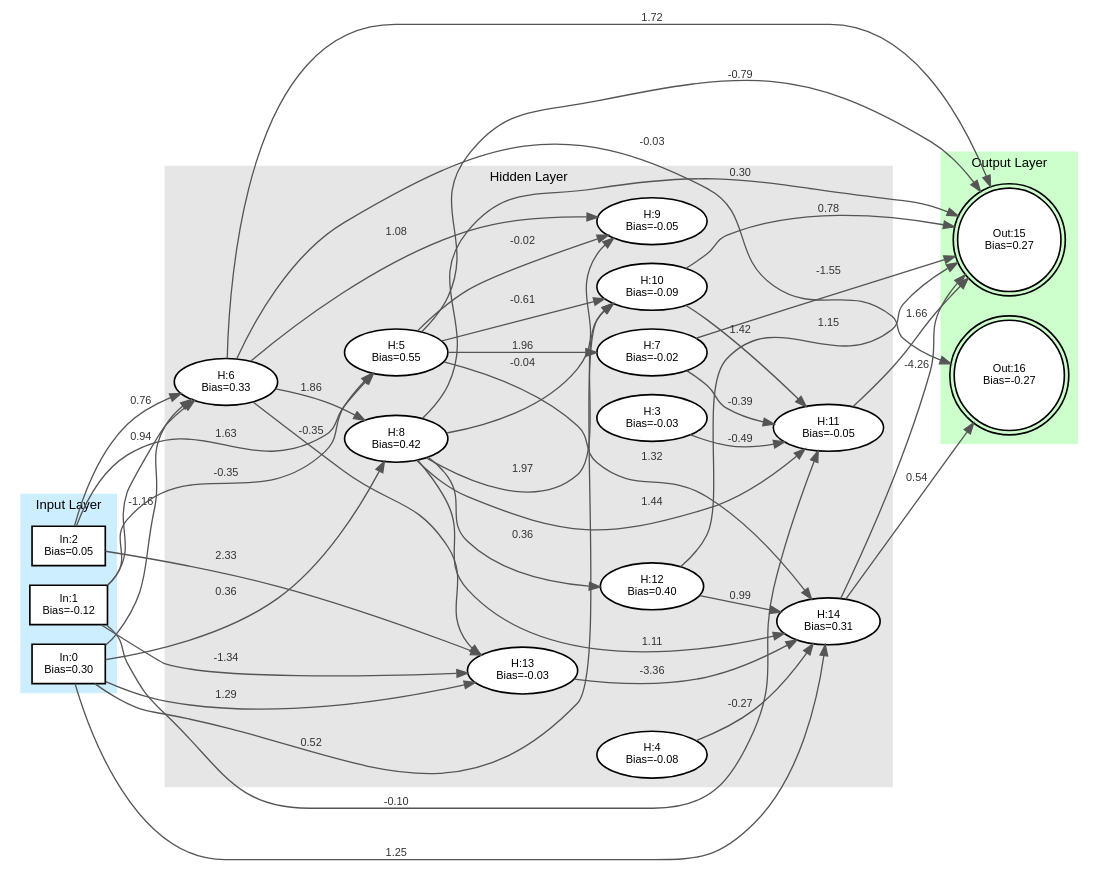
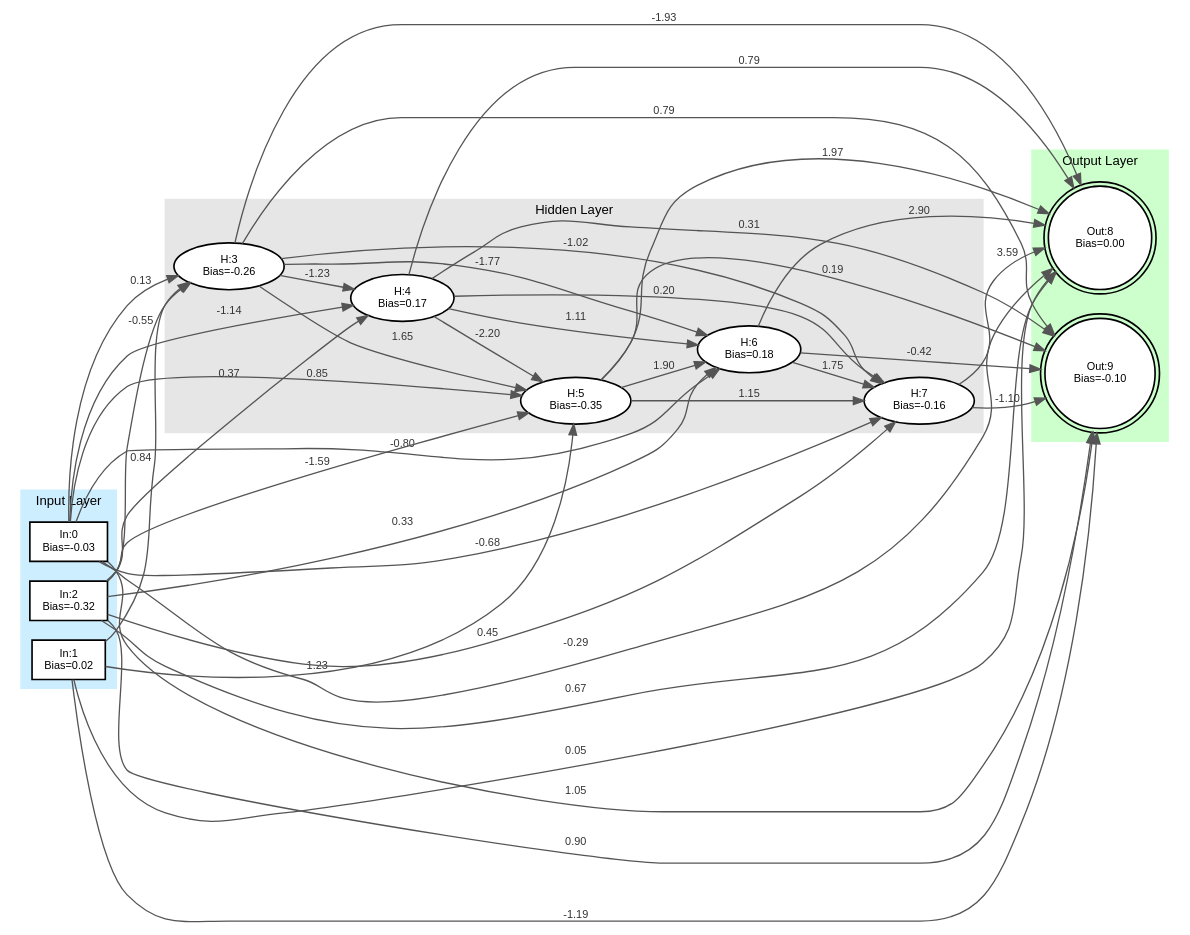
The diagram in best_network.dot (Apoxtrophe/MiNET_AI), drawn with Graphviz before and after one commit. The commit also changed 3 other files, not shown here.

```diff
--- a/best_network.dot
+++ b/best_network.dot
@@ -1,96 +1,87 @@
 digraph Minet {
     // Use left-to-right orientation
     rankdir=LR;
     graph [layout=dot, fontname="Helvetica", fontsize=12];
     node [fontname="Helvetica", fontsize=10];
     edge [fontname="Helvetica", fontsize=10];
 
     subgraph cluster_inputs {
         style=filled;
         color="#cceeff";
         penwidth=1.5;
         label="Input Layer";
         labelloc="top";
         labeljust="center";
         rank=same;
-        neuron_0 [shape=box, style=filled, fillcolor=white, penwidth=1.5, label="In:0\nBias=0.30"];
-        neuron_1 [shape=box, style=filled, fillcolor=white, penwidth=1.5, label="In:1\nBias=-0.12"];
-        neuron_2 [shape=box, style=filled, fillcolor=white, penwidth=1.5, label="In:2\nBias=0.05"];
+        neuron_0 [shape=box, style=filled, fillcolor=white, penwidth=1.5, label="In:0\nBias=-0.03"];
+        neuron_1 [shape=box, style=filled, fillcolor=white, penwidth=1.5, label="In:1\nBias=0.02"];
+        neuron_2 [shape=box, style=filled, fillcolor=white, penwidth=1.5, label="In:2\nBias=-0.32"];
     }
 
     subgraph cluster_hidden {
         style=filled;
         color="#e6e6e6";
         penwidth=1.5;
         label="Hidden Layer";
         labelloc="top";
         labeljust="center";
-        neuron_3 [shape=ellipse, style=filled, fillcolor=white, penwidth=1.5, label="H:3\nBias=-0.03"];
-        neuron_4 [shape=ellipse, style=filled, fillcolor=white, penwidth=1.5, label="H:4\nBias=-0.08"];
-        neuron_5 [shape=ellipse, style=filled, fillcolor=white, penwidth=1.5, label="H:5\nBias=0.55"];
-        neuron_6 [shape=ellipse, style=filled, fillcolor=white, penwidth=1.5, label="H:6\nBias=0.33"];
-        neuron_7 [shape=ellipse, style=filled, fillcolor=white, penwidth=1.5, label="H:7\nBias=-0.02"];
-        neuron_8 [shape=ellipse, style=filled, fillcolor=white, penwidth=1.5, label="H:8\nBias=0.42"];
-        neuron_9 [shape=ellipse, style=filled, fillcolor=white, penwidth=1.5, label="H:9\nBias=-0.05"];
-        neuron_10 [shape=ellipse, style=filled, fillcolor=white, penwidth=1.5, label="H:10\nBias=-0.09"];
-        neuron_11 [shape=ellipse, style=filled, fillcolor=white, penwidth=1.5, label="H:11\nBias=-0.05"];
-        neuron_12 [shape=ellipse, style=filled, fillcolor=white, penwidth=1.5, label="H:12\nBias=0.40"];
-        neuron_13 [shape=ellipse, style=filled, fillcolor=white, penwidth=1.5, label="H:13\nBias=-0.03"];
-        neuron_14 [shape=ellipse, style=filled, fillcolor=white, penwidth=1.5, label="H:14\nBias=0.31"];
+        neuron_3 [shape=ellipse, style=filled, fillcolor=white, penwidth=1.5, label="H:3\nBias=-0.26"];
+        neuron_4 [shape=ellipse, style=filled, fillcolor=white, penwidth=1.5, label="H:4\nBias=0.17"];
+        neuron_5 [shape=ellipse, style=filled, fillcolor=white, penwidth=1.5, label="H:5\nBias=-0.35"];
+        neuron_6 [shape=ellipse, style=filled, fillcolor=white, penwidth=1.5, label="H:6\nBias=0.18"];
+        neuron_7 [shape=ellipse, style=filled, fillcolor=white, penwidth=1.5, label="H:7\nBias=-0.16"];
     }
 
     subgraph cluster_outputs {
         style=filled;
         color="#ccffcc";
         penwidth=1.5;
         label="Output Layer";
         labelloc="top";
         labeljust="center";
         rank=same;
-        neuron_15 [shape=doublecircle, style=filled, fillcolor=white, penwidth=1.5, label="Out:15\nBias=0.27"];
-        neuron_16 [shape=doublecircle, style=filled, fillcolor=white, penwidth=1.5, label="Out:16\nBias=-0.27"];
+        neuron_8 [shape=doublecircle, style=filled, fillcolor=white, penwidth=1.5, label="Out:8\nBias=0.00"];
+        neuron_9 [shape=doublecircle, style=filled, fillcolor=white, penwidth=1.5, label="Out:9\nBias=-0.10"];
     }
 
     // Edges
     edge [color="#555555", penwidth=1.2];
-    neuron_0 -> neuron_13 [label="1.29", fontcolor="#333333"];
-    neuron_0 -> neuron_6 [label="-1.16", fontcolor="#333333"];
-    neuron_0 -> neuron_14 [label="1.25", fontcolor="#333333"];
-    neuron_0 -> neuron_10 [label="0.52", fontcolor="#333333"];
-    neuron_0 -> neuron_8 [label="0.36", fontcolor="#333333"];
-    neuron_1 -> neuron_13 [label="-1.34", fontcolor="#333333"];
-    neuron_1 -> neuron_5 [label="-0.35", fontcolor="#333333"];
-    neuron_1 -> neuron_6 [label="0.94", fontcolor="#333333"];
-    neuron_1 -> neuron_11 [label="-0.10", fontcolor="#333333"];
-    neuron_2 -> neuron_13 [label="2.33", fontcolor="#333333"];
-    neuron_2 -> neuron_5 [label="1.63", fontcolor="#333333"];
-    neuron_2 -> neuron_6 [label="0.76", fontcolor="#333333"];
-    neuron_3 -> neuron_11 [label="-0.49", fontcolor="#333333"];
-    neuron_4 -> neuron_14 [label="-0.27", fontcolor="#333333"];
-    neuron_5 -> neuron_7 [label="1.96", fontcolor="#333333"];
-    neuron_5 -> neuron_9 [label="-0.02", fontcolor="#333333"];
-    neuron_5 -> neuron_14 [label="1.32", fontcolor="#333333"];
-    neuron_5 -> neuron_10 [label="-0.61", fontcolor="#333333"];
-    neuron_5 -> neuron_15 [label="-0.79", fontcolor="#333333"];
-    neuron_6 -> neuron_13 [label="-0.35", fontcolor="#333333"];
-    neuron_6 -> neuron_9 [label="1.08", fontcolor="#333333"];
-    neuron_6 -> neuron_15 [label="1.72", fontcolor="#333333"];
-    neuron_6 -> neuron_8 [label="1.86", fontcolor="#333333"];
-    neuron_6 -> neuron_16 [label="-0.03", fontcolor="#333333"];
-    neuron_7 -> neuron_15 [label="-1.55", fontcolor="#333333"];
-    neuron_7 -> neuron_11 [label="-0.39", fontcolor="#333333"];
-    neuron_8 -> neuron_11 [label="1.44", fontcolor="#333333"];
-    neuron_8 -> neuron_14 [label="1.11", fontcolor="#333333"];
-    neuron_8 -> neuron_10 [label="1.97", fontcolor="#333333"];
-    neuron_8 -> neuron_9 [label="-0.04", fontcolor="#333333"];
-    neuron_8 -> neuron_15 [label="0.30", fontcolor="#333333"];
-    neuron_8 -> neuron_12 [label="0.36", fontcolor="#333333"];
-    neuron_10 -> neuron_15 [label="0.78", fontcolor="#333333"];
-    neuron_10 -> neuron_11 [label="1.42", fontcolor="#333333"];
-    neuron_11 -> neuron_15 [label="1.66", fontcolor="#333333"];
-    neuron_12 -> neuron_15 [label="1.15", fontcolor="#333333"];
-    neuron_12 -> neuron_14 [label="0.99", fontcolor="#333333"];
-    neuron_13 -> neuron_14 [label="-3.36", fontcolor="#333333"];
-    neuron_14 -> neuron_15 [label="-4.26", fontcolor="#333333"];
-    neuron_14 -> neuron_16 [label="0.54", fontcolor="#333333"];
+    neuron_0 -> neuron_3 [label="0.13", fontcolor="#333333"];
+    neuron_0 -> neuron_5 [label="0.85", fontcolor="#333333"];
+    neuron_0 -> neuron_6 [label="-0.80", fontcolor="#333333"];
+    neuron_0 -> neuron_4 [label="-1.14", fontcolor="#333333"];
+    neuron_0 -> neuron_7 [label="-0.68", fontcolor="#333333"];
+    neuron_0 -> neuron_8 [label="-0.29", fontcolor="#333333"];
+    neuron_0 -> neuron_9 [label="1.05", fontcolor="#333333"];
+    neuron_1 -> neuron_5 [label="1.23", fontcolor="#333333"];
+    neuron_1 -> neuron_3 [label="0.84", fontcolor="#333333"];
+    neuron_1 -> neuron_9 [label="-1.19", fontcolor="#333333"];
+    neuron_1 -> neuron_8 [label="0.05", fontcolor="#333333"];
+    neuron_2 -> neuron_5 [label="-1.59", fontcolor="#333333"];
+    neuron_2 -> neuron_3 [label="-0.55", fontcolor="#333333"];
+    neuron_2 -> neuron_8 [label="0.67", fontcolor="#333333"];
+    neuron_2 -> neuron_7 [label="0.45", fontcolor="#333333"];
+    neuron_2 -> neuron_6 [label="0.33", fontcolor="#333333"];
+    neuron_2 -> neuron_4 [label="0.37", fontcolor="#333333"];
+    neuron_2 -> neuron_9 [label="0.90", fontcolor="#333333"];
+    neuron_3 -> neuron_5 [label="1.65", fontcolor="#333333"];
+    neuron_3 -> neuron_4 [label="-1.23", fontcolor="#333333"];
+    neuron_3 -> neuron_8 [label="-1.93", fontcolor="#333333"];
+    neuron_3 -> neuron_6 [label="-1.77", fontcolor="#333333"];
+    neuron_3 -> neuron_7 [label="-1.02", fontcolor="#333333"];
+    neuron_3 -> neuron_9 [label="0.79", fontcolor="#333333"];
+    neuron_4 -> neuron_5 [label="-2.20", fontcolor="#333333"];
+    neuron_4 -> neuron_8 [label="0.79", fontcolor="#333333"];
+    neuron_4 -> neuron_6 [label="1.11", fontcolor="#333333"];
+    neuron_4 -> neuron_7 [label="0.20", fontcolor="#333333"];
+    neuron_4 -> neuron_9 [label="0.31", fontcolor="#333333"];
+    neuron_5 -> neuron_6 [label="1.90", fontcolor="#333333"];
+    neuron_5 -> neuron_7 [label="1.15", fontcolor="#333333"];
+    neuron_5 -> neuron_8 [label="1.97", fontcolor="#333333"];
+    neuron_5 -> neuron_9 [label="0.19", fontcolor="#333333"];
+    neuron_6 -> neuron_8 [label="2.90", fontcolor="#333333"];
+    neuron_6 -> neuron_7 [label="1.75", fontcolor="#333333"];
+    neuron_6 -> neuron_9 [label="-0.42", fontcolor="#333333"];
+    neuron_7 -> neuron_8 [label="3.59", fontcolor="#333333"];
+    neuron_7 -> neuron_9 [label="-1.10", fontcolor="#333333"];
 }
```
